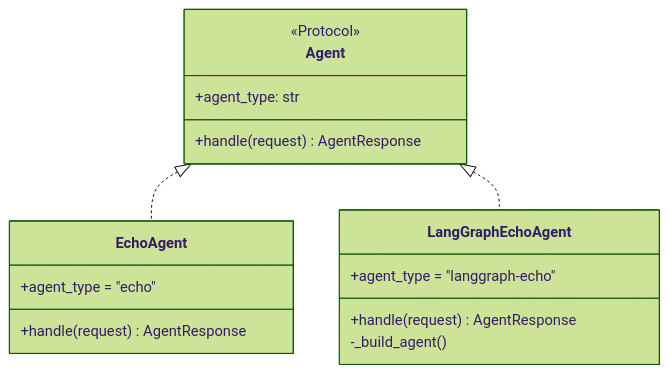
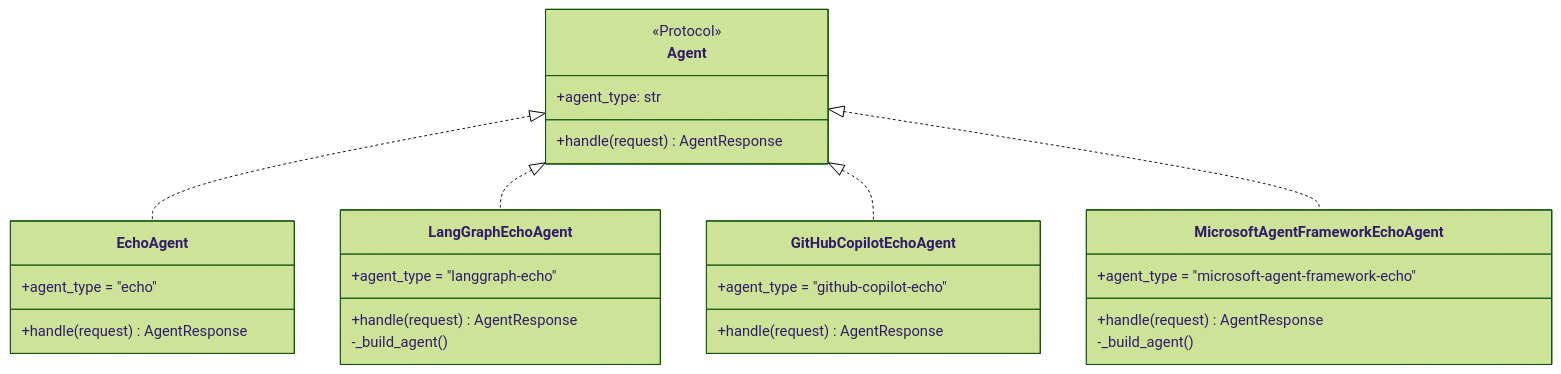
One commit to ks6088ts-labs/concierge changed the second of 2 diagrams in docs/cloud_agent/index.ja.md. Above: the diagram before and after it, drawn with Mermaid (forest theme). The commit also changed other lines of this file and 6 other files, not shown here.

Commit message:
feat(agent): add Microsoft Agent Framework echo agent configuration and documentation

````diff
--- a/docs/cloud_agent/index.ja.md
+++ b/docs/cloud_agent/index.ja.md
@@ -41,19 +43,30 @@
 ```mermaid
 classDiagram
     class Agent {
         <<Protocol>>
         +agent_type: str
         +handle(request) AgentResponse
     }
     class EchoAgent {
         +agent_type = "echo"
         +handle(request) AgentResponse
     }
     class LangGraphEchoAgent {
         +agent_type = "langgraph-echo"
         +handle(request) AgentResponse
         -_build_agent()
     }
+    class GitHubCopilotEchoAgent {
+        +agent_type = "github-copilot-echo"
+        +handle(request) AgentResponse
+    }
+    class MicrosoftAgentFrameworkEchoAgent {
+        +agent_type = "microsoft-agent-framework-echo"
+        +handle(request) AgentResponse
+        -_build_agent()
+    }
     Agent <|.. EchoAgent
     Agent <|.. LangGraphEchoAgent
+    Agent <|.. GitHubCopilotEchoAgent
+    Agent <|.. MicrosoftAgentFrameworkEchoAgent
 ```
````
